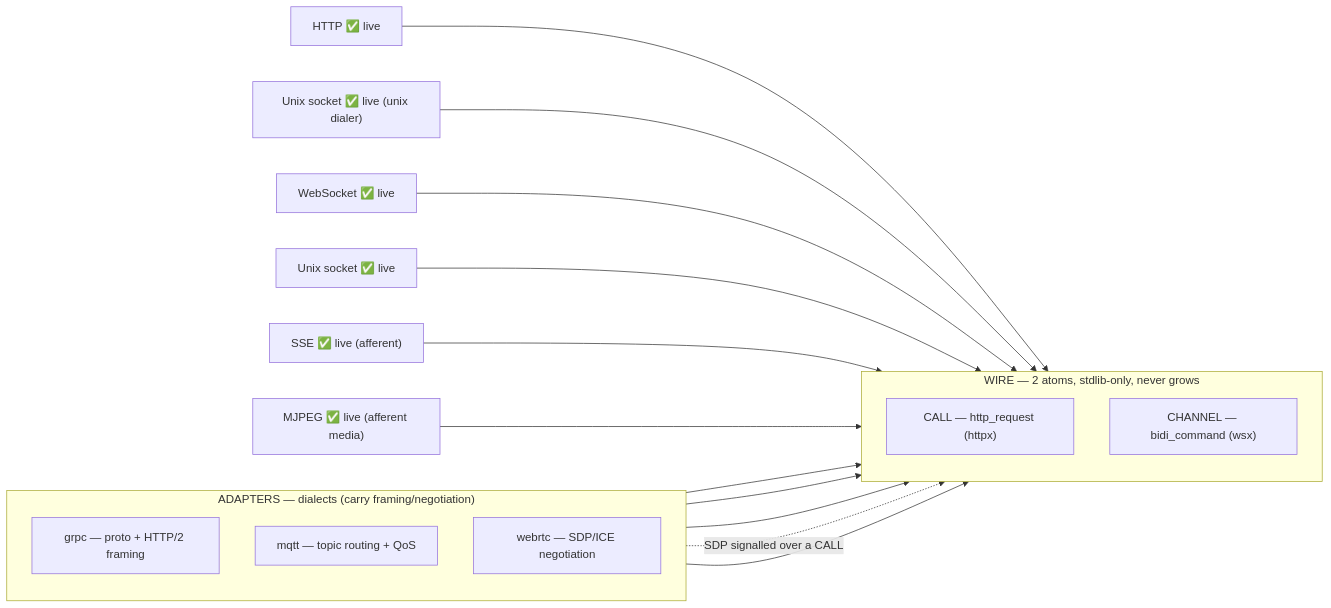
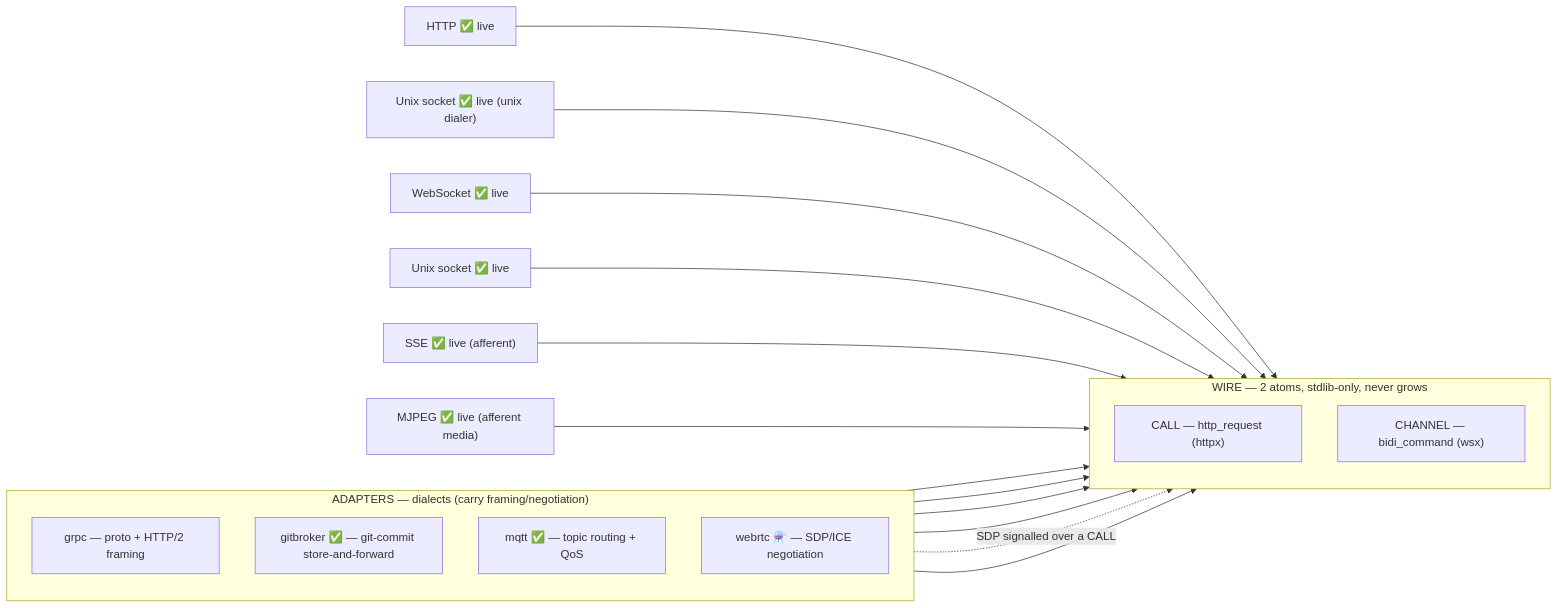
Before and after one commit to rrrishi123/8: the diagram in TRANSPORTS.md, drawn with Mermaid. The commit also changed other lines of this file, not shown here.

First line of the commit message:
contract: sync TRANSPORTS.md to transports.json (add gitbroker, fix mqtt/webrtc status)

````diff
--- a/TRANSPORTS.md
+++ b/TRANSPORTS.md
@@ -21,27 +21,29 @@
 ```mermaid
 flowchart LR
   subgraph WIRE["WIRE — 2 atoms, stdlib-only, never grows"]
     direction TB
     CALL["CALL — http_request (httpx)"]
     CHAN["CHANNEL — bidi_command (wsx)"]
   end
   subgraph ADP["ADAPTERS — dialects (carry framing/negotiation)"]
     direction TB
     G["grpc — proto + HTTP/2 framing"]
-    M["mqtt — topic routing + QoS"]
-    W["webrtc — SDP/ICE negotiation"]
+    GB["gitbroker ✅ — git-commit store-and-forward"]
+    M["mqtt ✅ — topic routing + QoS"]
+    W["webrtc ⚗️ — SDP/ICE negotiation"]
   end
 
   HTTP["HTTP ✅ live"] --> CALL
   UNIXc["Unix socket ✅ live (unix dialer)"] --> CALL
   WS["WebSocket ✅ live"] --> CHAN
   UNIXch["Unix socket ✅ live"] --> CHAN
   SSE["SSE ✅ live (afferent)"] --> CALL
   MJPEG["MJPEG ✅ live (afferent media)"] --> CALL
 
   G --> CALL
   G --> CHAN
+  GB --> CALL
   M --> CHAN
   W -. "SDP signalled over a CALL" .-> CALL
   W --> CHAN
 ```
````
